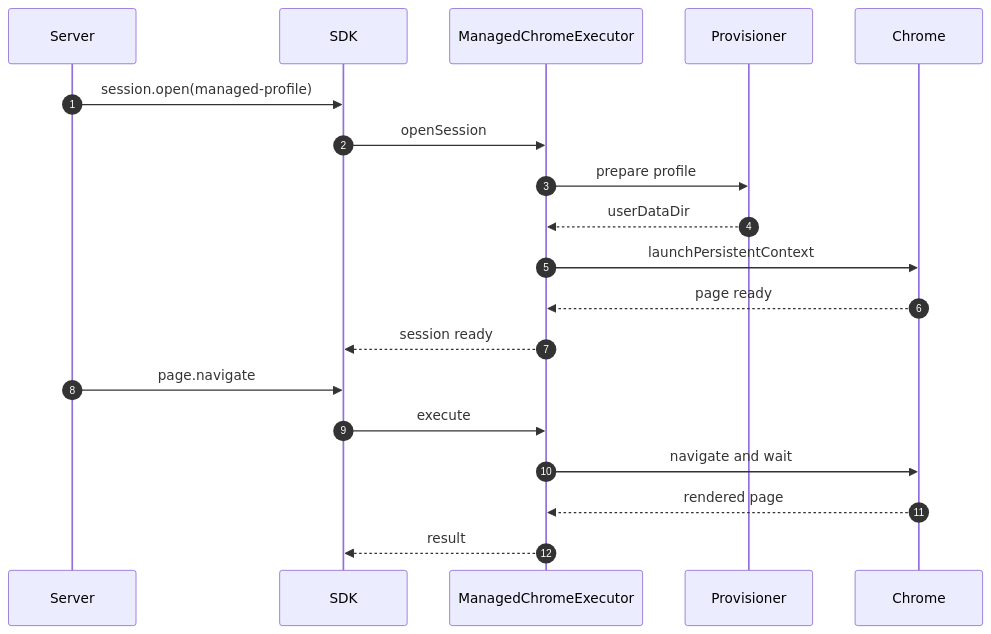
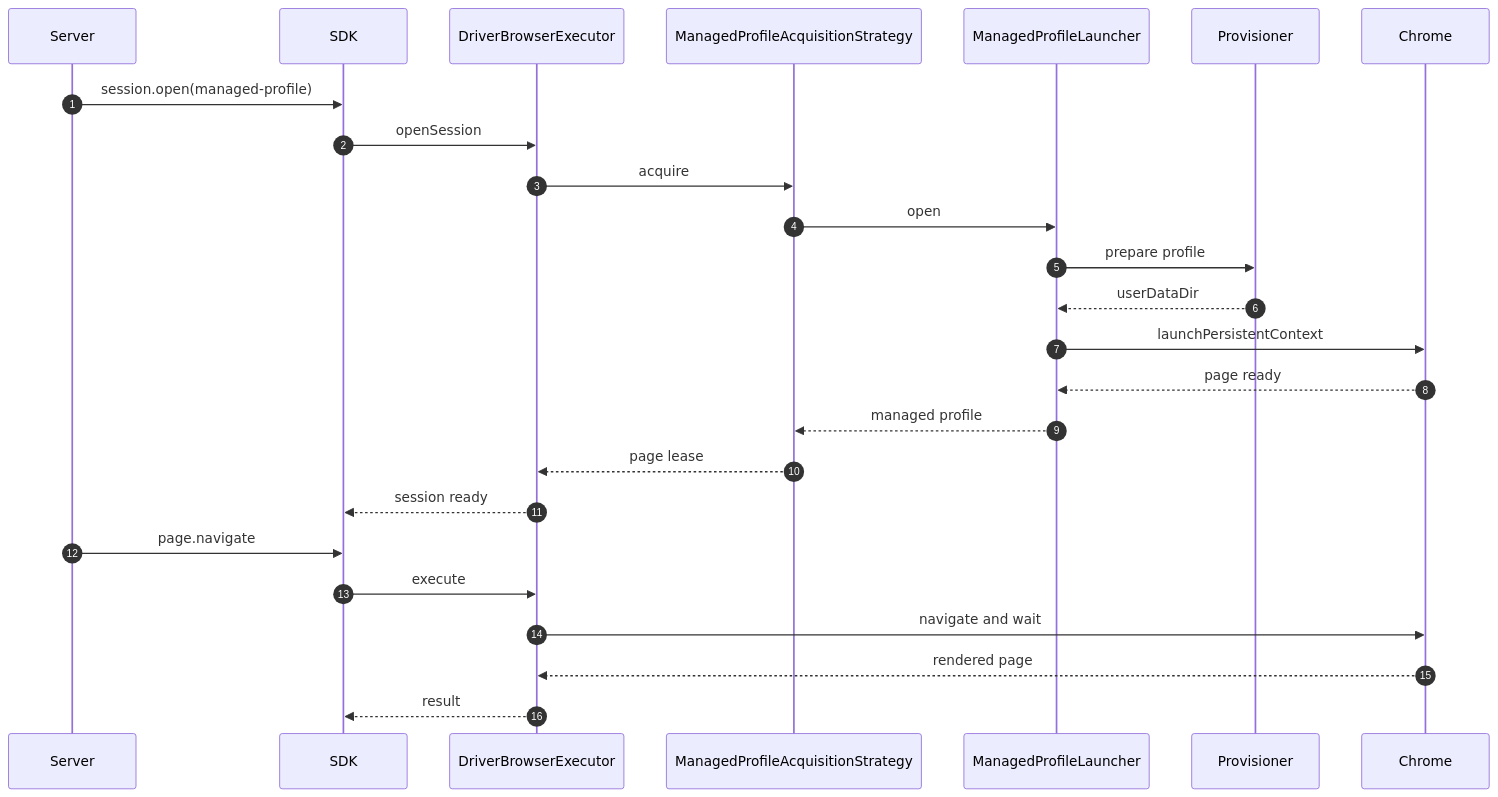
The fourth of 4 diagrams in docs/development/BROWSER_EXECUTION_MODES.md (luberserker0v0/comic-crawler), drawn with Mermaid before and after one commit. The commit also changed other lines of this file and 36 other files, not shown here.

Commit message:
feat: unify browser execution and prepare v0.3.0

````diff
--- a/docs/development/BROWSER_EXECUTION_MODES.md
+++ b/docs/development/BROWSER_EXECUTION_MODES.md
@@ -385,22 +398,28 @@
 ```mermaid
 sequenceDiagram
   autonumber
   participant Server
   participant SDK
-  participant Executor as ManagedChromeExecutor
+  participant Executor as DriverBrowserExecutor
+  participant Strategy as ManagedProfileAcquisitionStrategy
+  participant Launcher as ManagedProfileLauncher
   participant Provisioner
   participant Chrome
 
   Server->>SDK: session.open(managed-profile)
   SDK->>Executor: openSession
-  Executor->>Provisioner: prepare profile
-  Provisioner-->>Executor: userDataDir
-  Executor->>Chrome: launchPersistentContext
-  Chrome-->>Executor: page ready
+  Executor->>Strategy: acquire
+  Strategy->>Launcher: open
+  Launcher->>Provisioner: prepare profile
+  Provisioner-->>Launcher: userDataDir
+  Launcher->>Chrome: launchPersistentContext
+  Chrome-->>Launcher: page ready
+  Launcher-->>Strategy: managed profile
+  Strategy-->>Executor: page lease
   Executor-->>SDK: session ready
   Server->>SDK: page.navigate
   SDK->>Executor: execute
   Executor->>Chrome: navigate and wait
   Chrome-->>Executor: rendered page
   Executor-->>SDK: result
 ```
````
